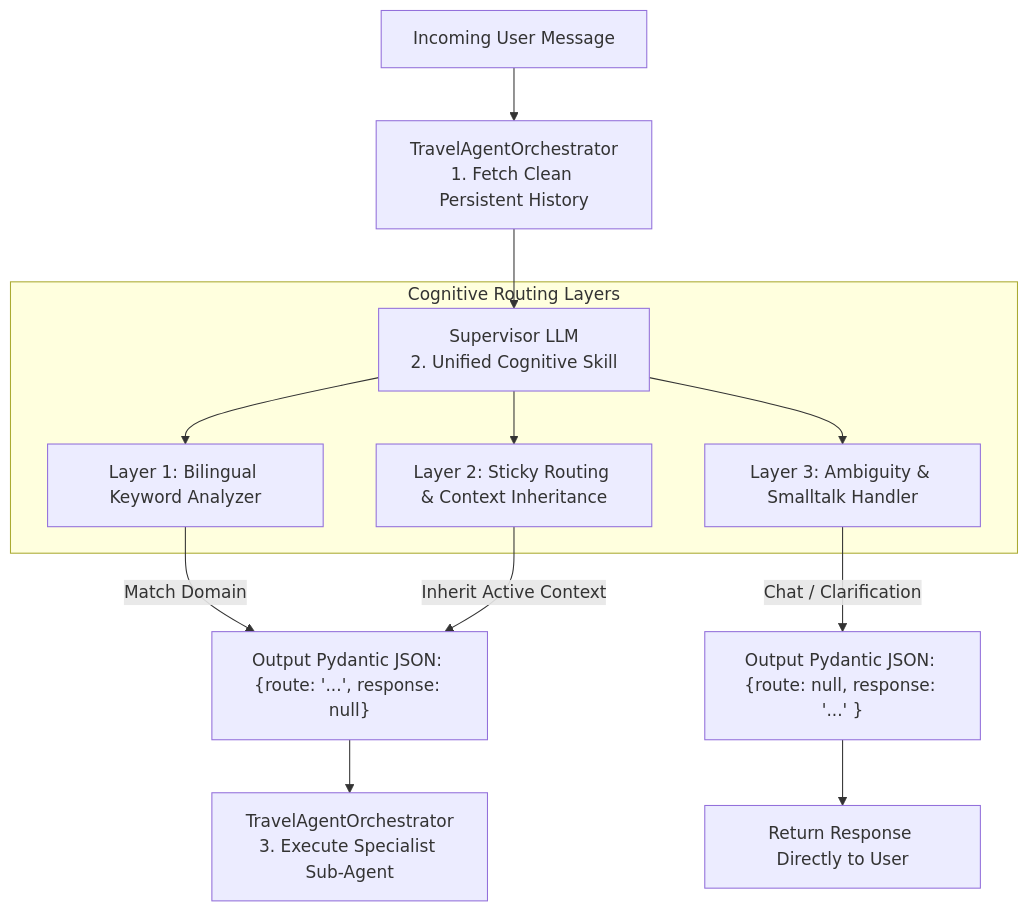
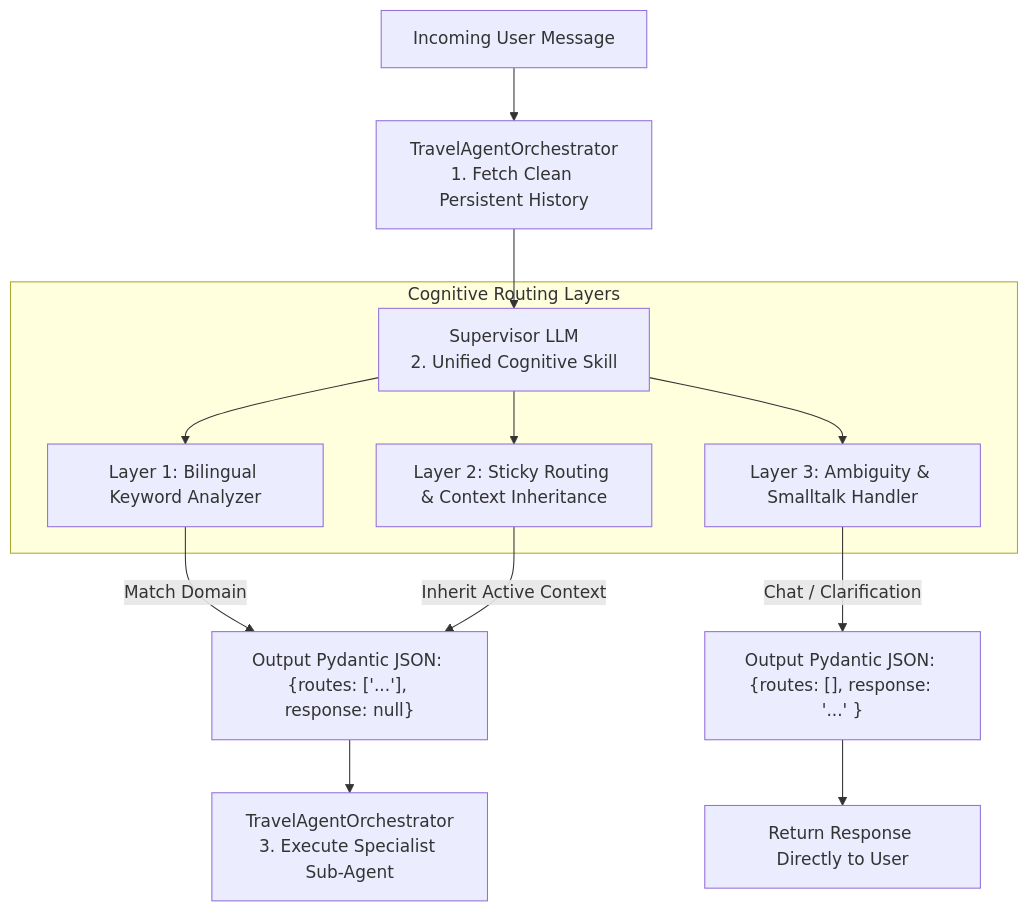
The diagram in app/agents/supervisor/supervisor_routing_skill.md (CharlyMoncada/travel-assitant), drawn with Mermaid before and after one commit. The commit also changed other lines of this file and 51 other files, not shown here.

````diff
--- a/app/agents/supervisor/supervisor_routing_skill.md
+++ b/app/agents/supervisor/supervisor_routing_skill.md
@@ -11,18 +11,18 @@
 ```mermaid
 flowchart TD
     A[Incoming User Message] --> B[TravelAgentOrchestrator<br/>1. Fetch Clean Persistent History]
     B --> C[Supervisor LLM<br/>2. Unified Cognitive Skill]
     
     subgraph Routing ["Cognitive Routing Layers"]
         C --> D["Layer 1: Bilingual Keyword Analyzer"]
         C --> E["Layer 2: Sticky Routing & Context Inheritance"]
         C --> F["Layer 3: Ambiguity & Smalltalk Handler"]
     end
     
-    D -->|Match Domain| G["Output Pydantic JSON: {route: '...', response: null}"]
+    D -->|Match Domain| G["Output Pydantic JSON: {routes: ['...'], response: null}"]
     E -->|Inherit Active Context| G
-    F -->|Chat / Clarification| H["Output Pydantic JSON: {route: null, response: '...' }"]
+    F -->|Chat / Clarification| H["Output Pydantic JSON: {routes: [], response: '...' }"]
     
     G --> I[TravelAgentOrchestrator<br/>3. Execute Specialist Sub-Agent]
     H --> J[Return Response Directly to User]
 ```
````
